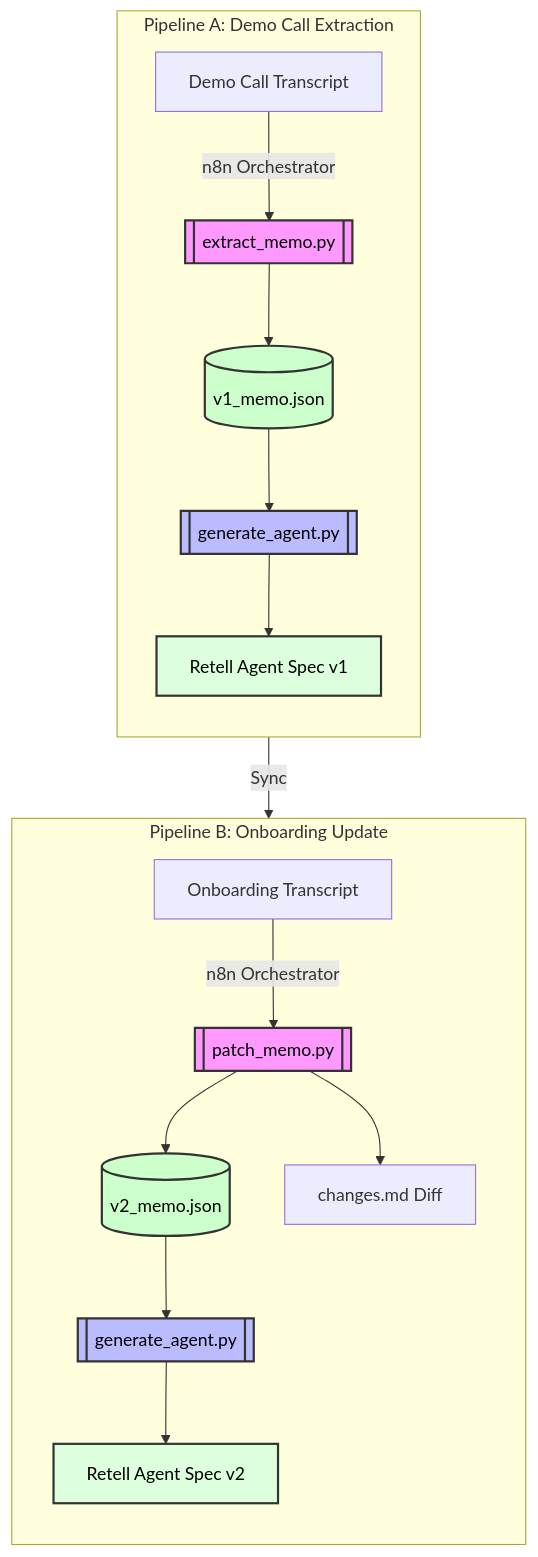
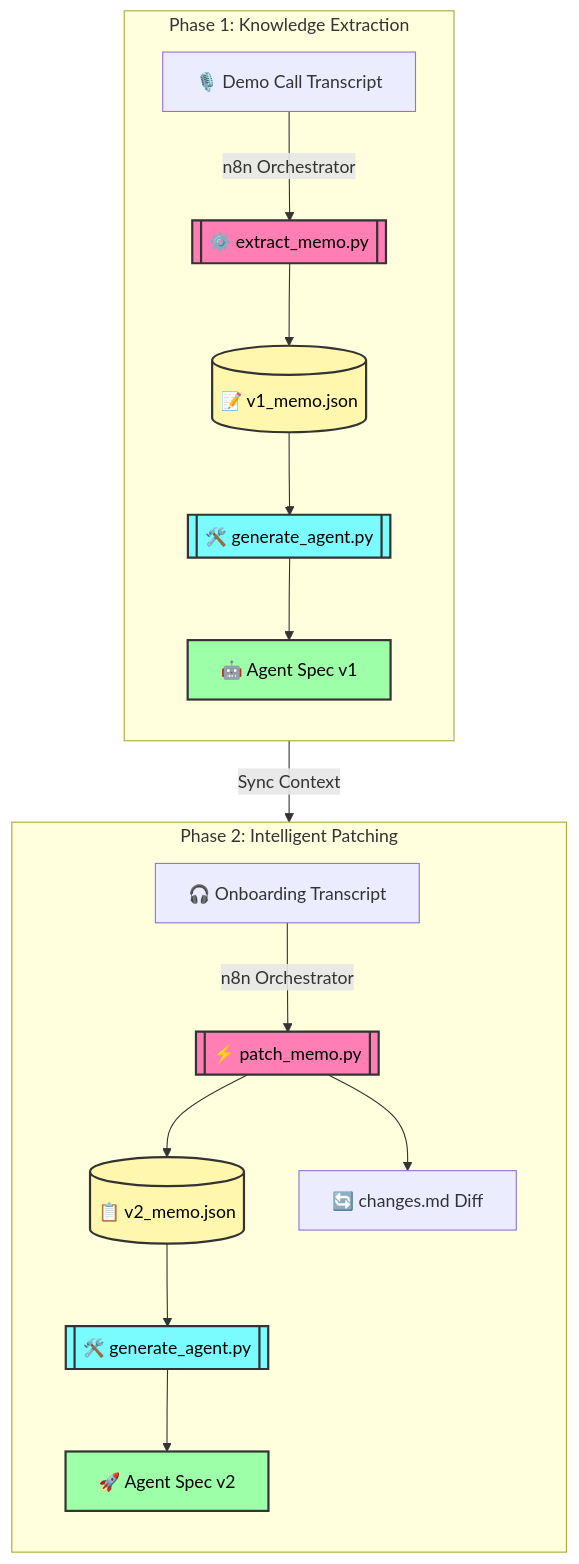
One commit to Jatin5760/clara-automation-pipeline changed the diagram in README.md. Above: the diagram before and after it, drawn with Mermaid. The commit also changed other lines of this file, not shown here.

````diff
--- a/README.md
+++ b/README.md
@@ -9,44 +30,44 @@
 ```mermaid
 graph TD
     %% Node Definitions
-    A1[Demo Call Transcript]
-    B1[[extract_memo.py]]
-    C1[(v1_memo.json)]
-    D1[[generate_agent.py]]
-    E1[Retell Agent Spec v1]
+    A1[🎙️ Demo Call Transcript]
+    B1[[⚙️ extract_memo.py]]
+    C1[(📝 v1_memo.json)]
+    D1[[🛠️ generate_agent.py]]
+    E1[🤖 Agent Spec v1]
 
-    A2[Onboarding Transcript]
-    B2[[patch_memo.py]]
-    C2[(v2_memo.json)]
-    D2[changes.md Diff]
-    E2[[generate_agent.py]]
-    F2[Retell Agent Spec v2]
+    A2[🎧 Onboarding Transcript]
+    B2[[⚡ patch_memo.py]]
+    C2[(📋 v2_memo.json)]
+    D2[🔄 changes.md Diff]
+    E2[[🛠️ generate_agent.py]]
+    F2[🚀 Agent Spec v2]
 
-    subgraph "Pipeline A: Demo Call Extraction"
+    subgraph "Phase 1: Knowledge Extraction"
         direction TB
         A1 -->|n8n Orchestrator| B1
         B1 --> C1
         C1 --> D1
         D1 --> E1
     end
 
-    subgraph "Pipeline B: Onboarding Update"
+    subgraph "Phase 2: Intelligent Patching"
         direction TB
         A2 -->|n8n Orchestrator| B2
-        C1 -->|Sync| B2
+        C1 -->|Sync Context| B2
         B2 --> C2
         B2 --> D2
         C2 --> E2
         E2 --> F2
     end
 
-    %% High Contrast Styling
-    style B1 fill:#f9f,stroke:#333,stroke-width:2px,color:#000
-    style B2 fill:#f9f,stroke:#333,stroke-width:2px,color:#000
-    style D1 fill:#bbf,stroke:#333,stroke-width:2px,color:#000
-    style E1 fill:#dfd,stroke:#333,stroke-width:2px,color:#000
-    style E2 fill:#bbf,stroke:#333,stroke-width:2px,color:#000
-    style F2 fill:#dfd,stroke:#333,stroke-width:2px,color:#000
-    style C1 fill:#cfc,stroke:#333,stroke-width:2px,color:#000
-    style C2 fill:#cfc,stroke:#333,stroke-width:2px,color:#000
+    %% Professional Styling
+    style B1 fill:#ff7eb3,stroke:#333,stroke-width:2px,color:#000
+    style B2 fill:#ff7eb3,stroke:#333,stroke-width:2px,color:#000
+    style D1 fill:#7afcff,stroke:#333,stroke-width:2px,color:#000
+    style E1 fill:#9effa9,stroke:#333,stroke-width:2px,color:#000
+    style E2 fill:#7afcff,stroke:#333,stroke-width:2px,color:#000
+    style F2 fill:#9effa9,stroke:#333,stroke-width:2px,color:#000
+    style C1 fill:#fff7ad,stroke:#333,stroke-width:2px,color:#000
+    style C2 fill:#fff7ad,stroke:#333,stroke-width:2px,color:#000
 ```
````
